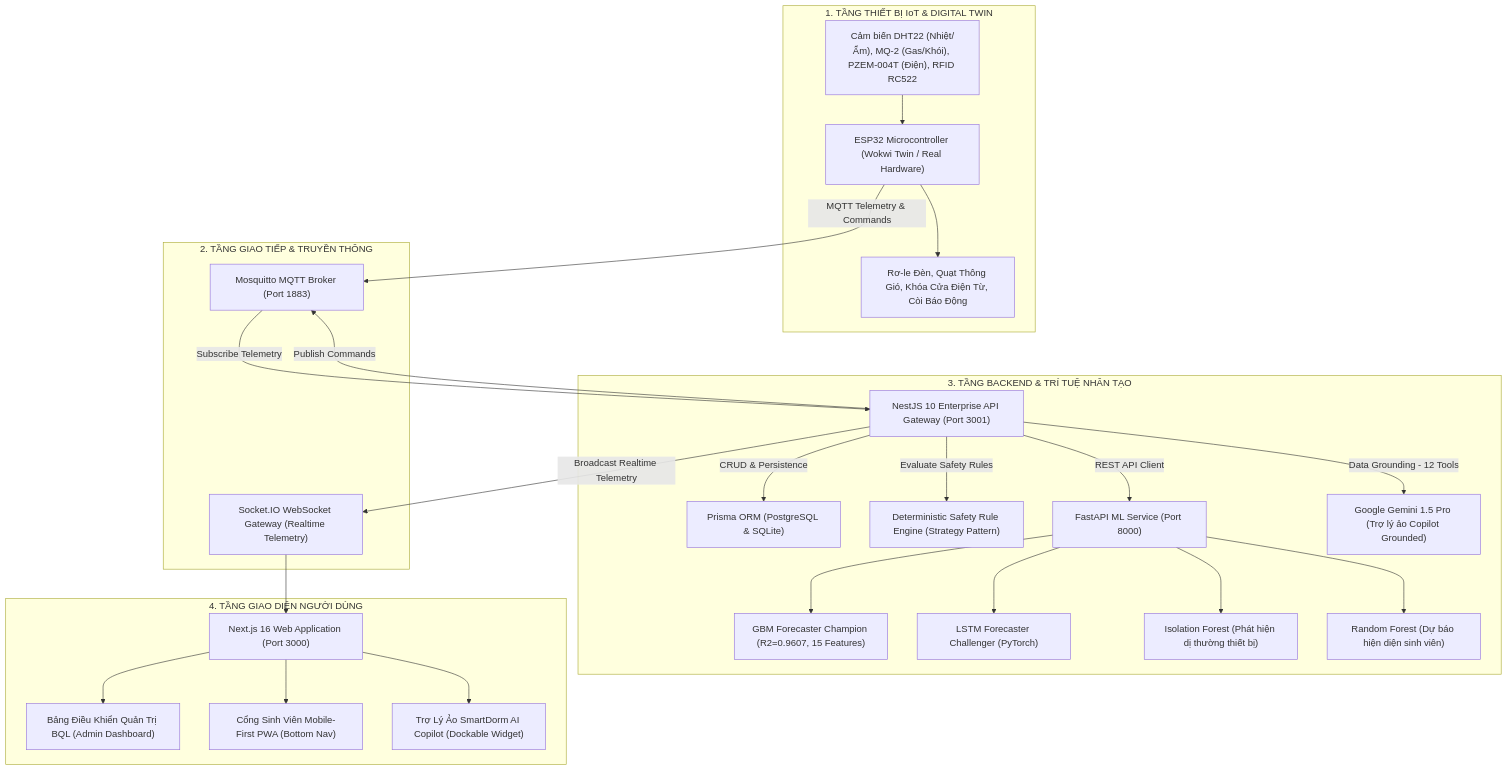
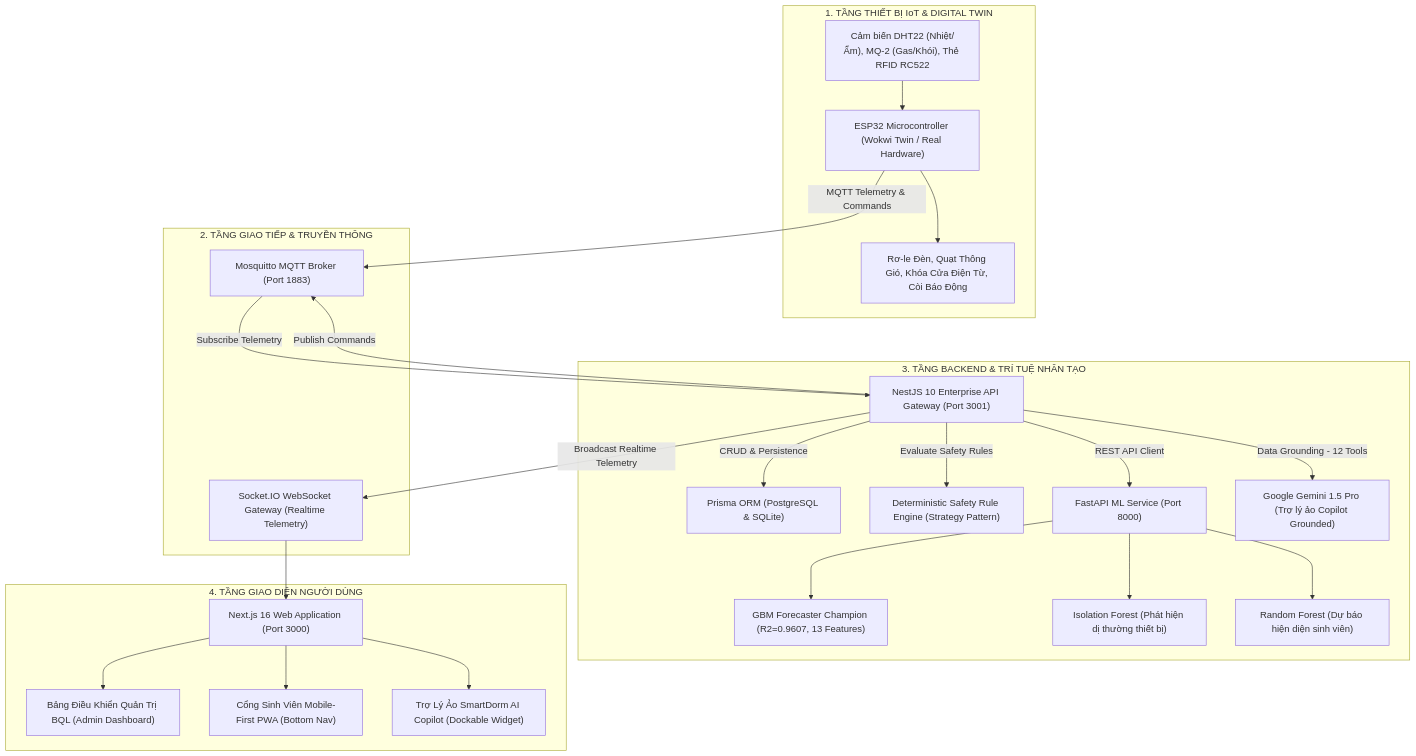
Before and after one commit to tanmanh-31102005/SmartDorm: the diagram in README.md, drawn with Mermaid. The commit also changed other lines of this file and 211 other files, not shown here.

````diff
--- a/README.md
+++ b/README.md
@@ -19,51 +19,49 @@
 ```mermaid
 flowchart TB
     subgraph Layer1 ["1. TẦNG THIẾT BỊ IoT & DIGITAL TWIN"]
-        Sensors["Cảm biến DHT22 (Nhiệt/Ẩm), MQ-2 (Gas/Khói), PZEM-004T (Điện), RFID RC522"]
+        Sensors["Cảm biến DHT22 (Nhiệt/Ẩm), MQ-2 (Gas/Khói), Thẻ RFID RC522"]
         ESP32["ESP32 Microcontroller (Wokwi Twin / Real Hardware)"]
         Actuators["Rơ-le Đèn, Quạt Thông Gió, Khóa Cửa Điện Từ, Còi Báo Động"]
         Sensors --> ESP32
         ESP32 --> Actuators
     end
 
     subgraph Layer2 ["2. TẦNG GIAO TIẾP & TRUYỀN THÔNG"]
         MQTT["Mosquitto MQTT Broker (Port 1883)"]
         WS["Socket.IO WebSocket Gateway (Realtime Telemetry)"]
     end
 
     subgraph Layer3 ["3. TẦNG BACKEND & TRÍ TUỆ NHÂN TẠO"]
         NestJS["NestJS 10 Enterprise API Gateway (Port 3001)"]
         Prisma["Prisma ORM (PostgreSQL & SQLite)"]
         RuleEngine["Deterministic Safety Rule Engine (Strategy Pattern)"]
         FastAPI["FastAPI ML Service (Port 8000)"]
-        GBM["GBM Forecaster Champion (R2=0.9607, 15 Features)"]
-        LSTM["LSTM Forecaster Challenger (PyTorch)"]
+        GBM["GBM Forecaster Champion (R2=0.9607, 13 Features)"]
         IForest["Isolation Forest (Phát hiện dị thường thiết bị)"]
         OccModel["Random Forest (Dự báo hiện diện sinh viên)"]
         Gemini["Google Gemini 1.5 Pro (Trợ lý ảo Copilot Grounded)"]
     end
 
     subgraph Layer4 ["4. TẦNG GIAO DIỆN NGƯỜI DÙNG"]
         NextJS["Next.js 16 Web Application (Port 3000)"]
         AdminPortal["Bảng Điều Khiển Quản Trị BQL (Admin Dashboard)"]
         StudentPortal["Cổng Sinh Viên Mobile-First PWA (Bottom Nav)"]
         AiWidget["Trợ Lý Ảo SmartDorm AI Copilot (Dockable Widget)"]
     end
 
     ESP32 -->|MQTT Telemetry & Commands| MQTT
     MQTT -->|Subscribe Telemetry| NestJS
     NestJS -->|Publish Commands| MQTT
     NestJS -->|CRUD & Persistence| Prisma
     NestJS -->|Evaluate Safety Rules| RuleEngine
     NestJS -->|REST API Client| FastAPI
     FastAPI --> GBM
-    FastAPI --> LSTM
     FastAPI --> IForest
     FastAPI --> OccModel
     NestJS -->|Data Grounding - 12 Tools| Gemini
     NestJS -->|Broadcast Realtime Telemetry| WS
     WS --> NextJS
     NextJS --> AdminPortal
     NextJS --> StudentPortal
     NextJS --> AiWidget
 ```
````
